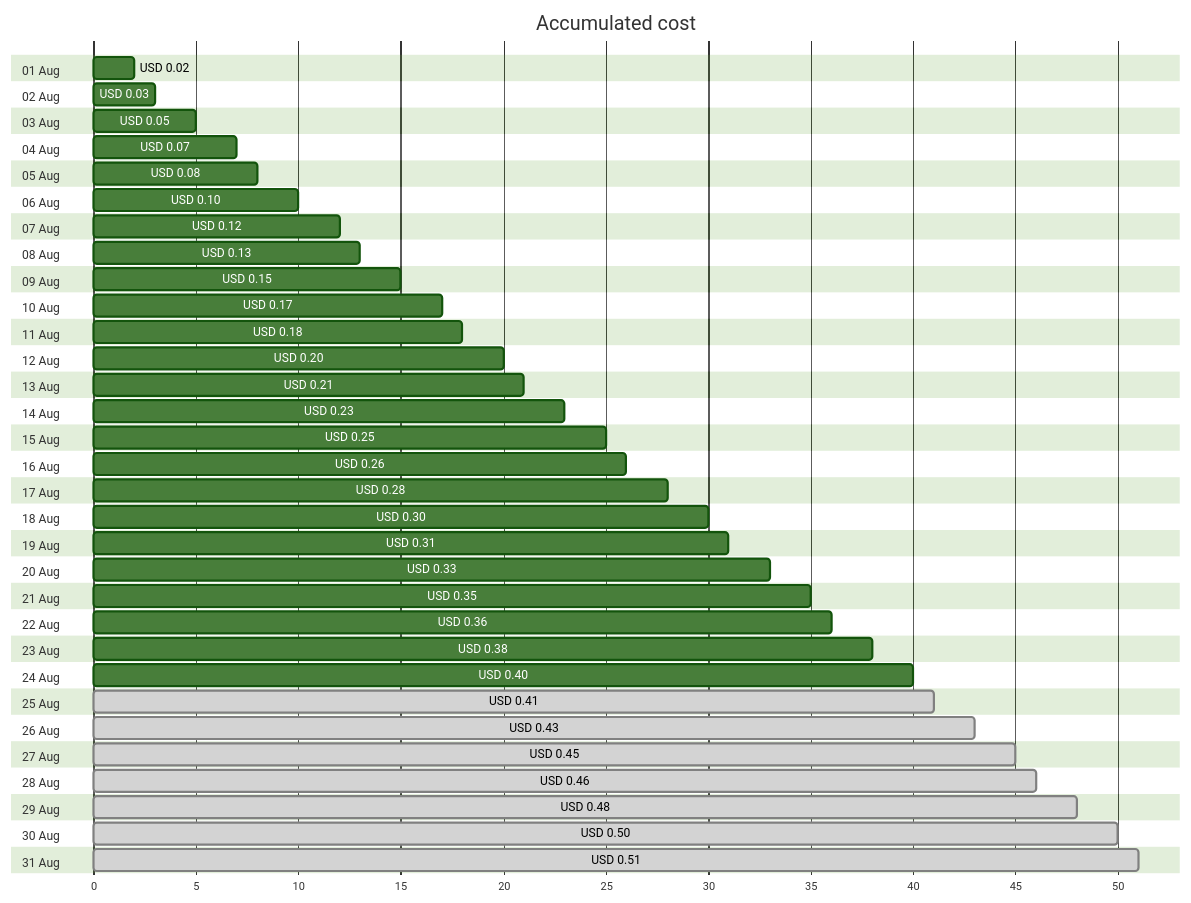
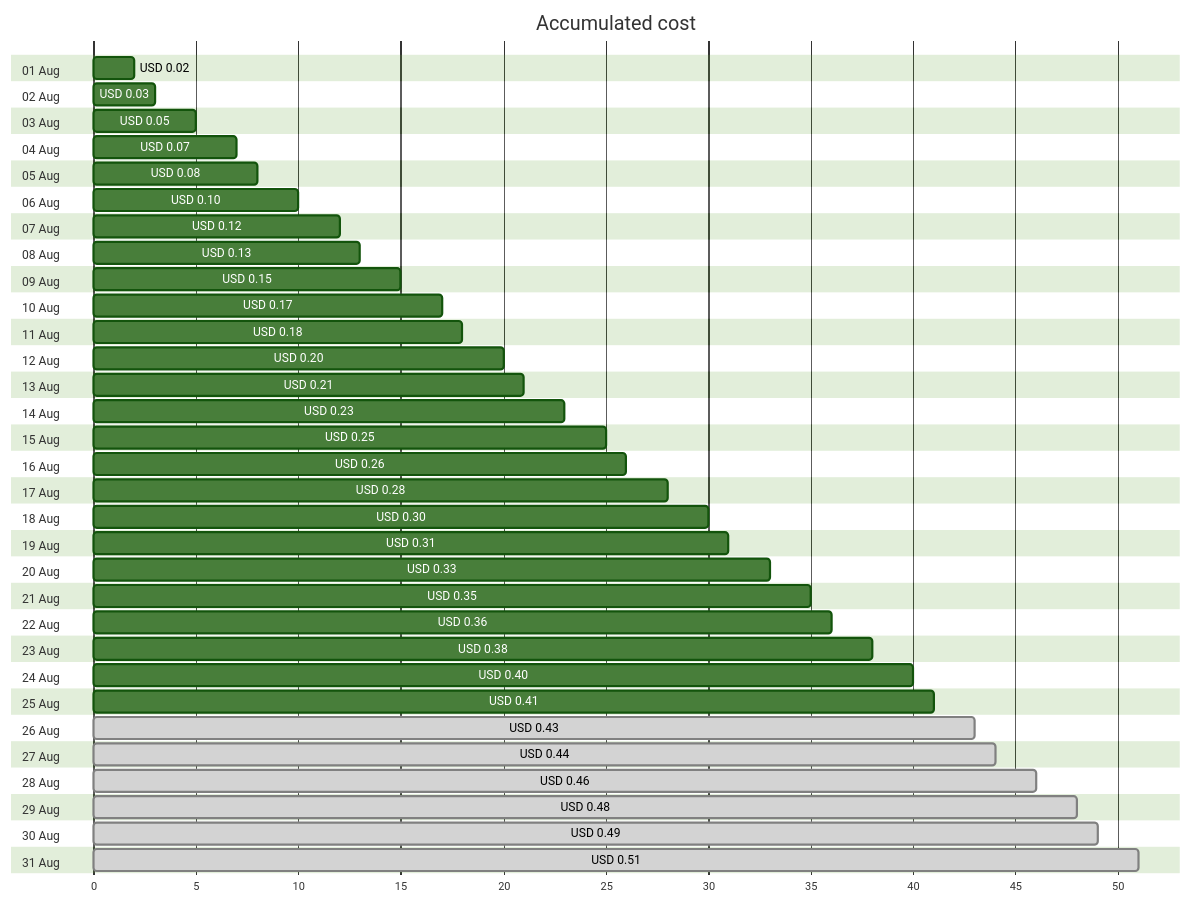
The first of 4 diagrams in cost-reports/personal-dns/jpatrickfulton.dev.md (jpfulton/azure-personal-reports), drawn with Mermaid (forest theme) before and after one commit. The commit also changed other lines of this file and 2 other files, not shown here.

````diff
--- a/cost-reports/personal-dns/jpatrickfulton.dev.md
+++ b/cost-reports/personal-dns/jpatrickfulton.dev.md
@@ -20,68 +20,68 @@
 ```mermaid
 gantt
    title Accumulated cost
    dateFormat  X
    axisFormat %s
    section 01 Aug
    USD 0.02 :0, 2
    section 02 Aug
    USD 0.03 :0, 3
    section 03 Aug
    USD 0.05 :0, 5
    section 04 Aug
    USD 0.07 :0, 7
    section 05 Aug
    USD 0.08 :0, 8
    section 06 Aug
    USD 0.10 :0, 10
    section 07 Aug
    USD 0.12 :0, 12
    section 08 Aug
    USD 0.13 :0, 13
    section 09 Aug
    USD 0.15 :0, 15
    section 10 Aug
    USD 0.17 :0, 17
    section 11 Aug
    USD 0.18 :0, 18
    section 12 Aug
    USD 0.20 :0, 20
    section 13 Aug
    USD 0.21 :0, 21
    section 14 Aug
    USD 0.23 :0, 23
    section 15 Aug
    USD 0.25 :0, 25
    section 16 Aug
    USD 0.26 :0, 26
    section 17 Aug
    USD 0.28 :0, 28
    section 18 Aug
    USD 0.30 :0, 30
    section 19 Aug
    USD 0.31 :0, 31
    section 20 Aug
    USD 0.33 :0, 33
    section 21 Aug
    USD 0.35 :0, 35
    section 22 Aug
    USD 0.36 :0, 36
    section 23 Aug
    USD 0.38 :0, 38
    section 24 Aug
    USD 0.40 :0, 40
    section 25 Aug
-   USD 0.41 : done, 0, 41
+   USD 0.41 :0, 41
    section 26 Aug
    USD 0.43 : done, 0, 43
    section 27 Aug
-   USD 0.45 : done, 0, 45
+   USD 0.44 : done, 0, 44
    section 28 Aug
    USD 0.46 : done, 0, 46
    section 29 Aug
    USD 0.48 : done, 0, 48
    section 30 Aug
-   USD 0.50 : done, 0, 50
+   USD 0.49 : done, 0, 49
    section 31 Aug
    USD 0.51 : done, 0, 51
 ```
````
